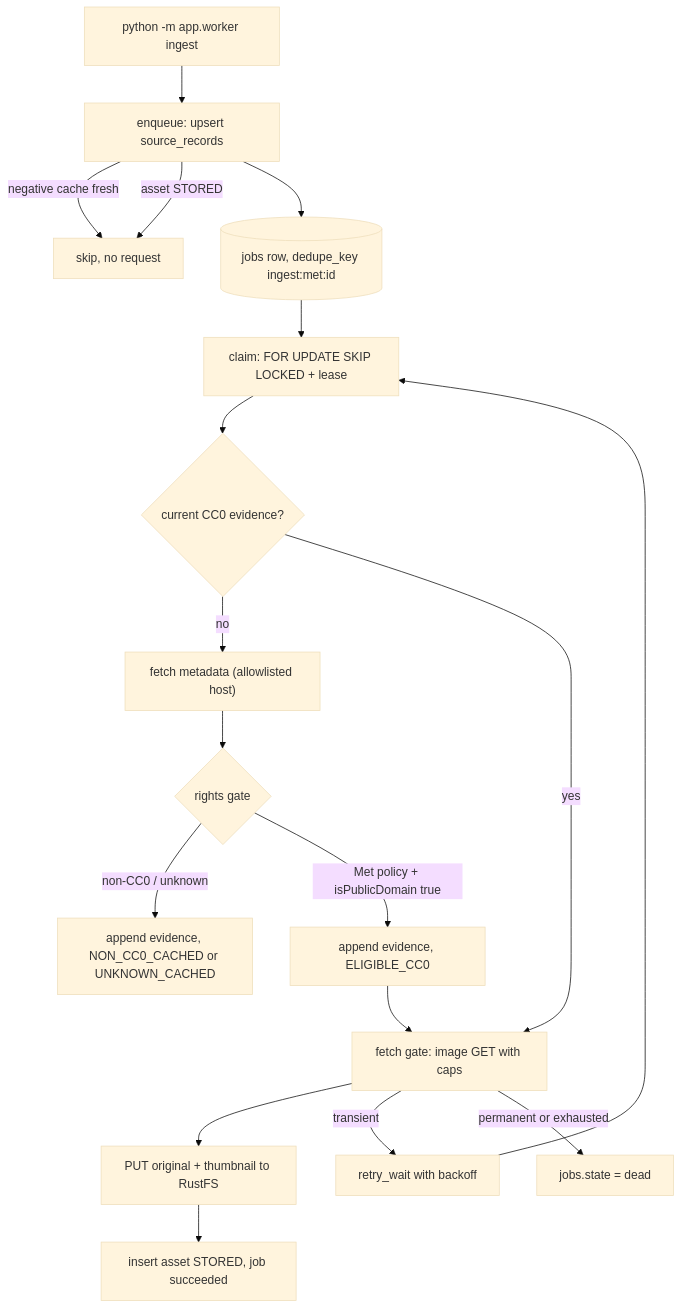
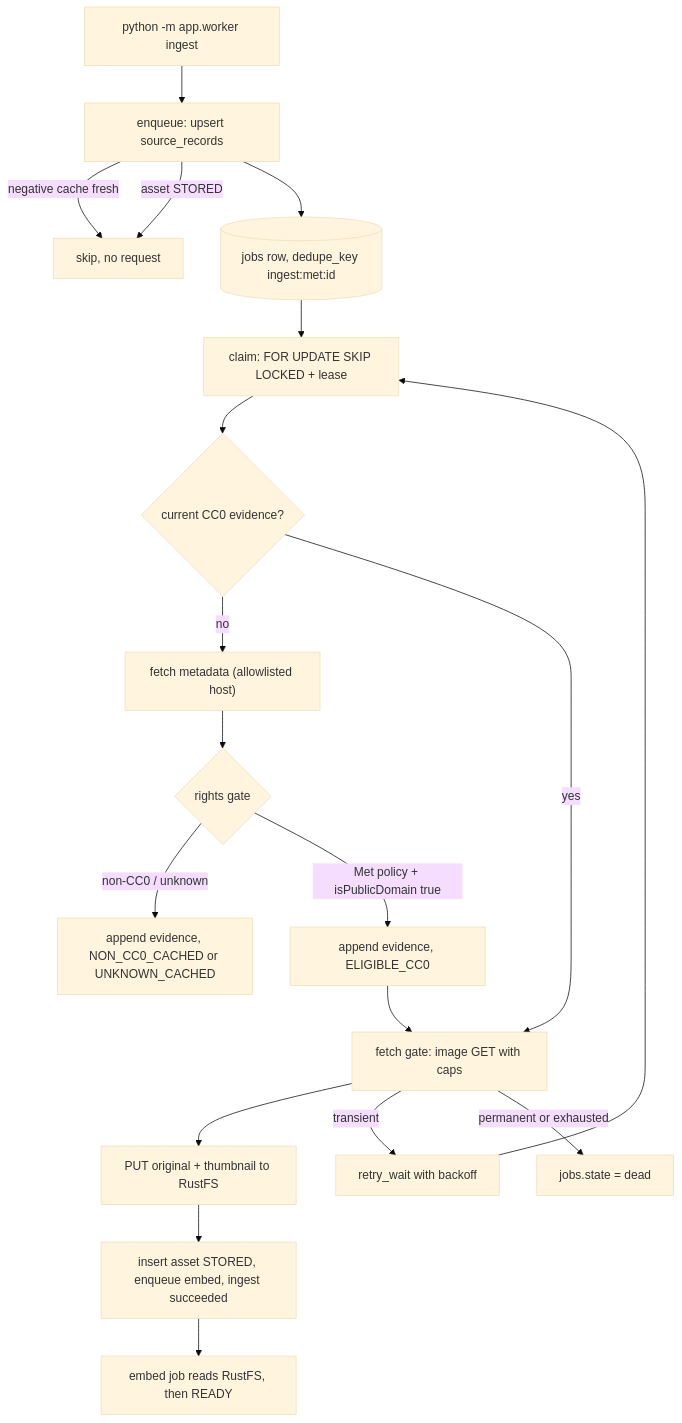
The diagram in docs/systems/ingestion.md (justinleski/cc0), drawn with Mermaid (base theme) before and after one commit. The commit also changed other lines of this file and 12 other files, not shown here.

First line of the commit message:
docs: describe the embed job, hybrid search, and model cutover

````diff
--- a/docs/systems/ingestion.md
+++ b/docs/systems/ingestion.md
@@ -24,20 +26,21 @@
 ```mermaid
 flowchart TD
   CLI["python -m app.worker ingest"] --> ENQ["enqueue: upsert source_records"]
   ENQ -->|"negative cache fresh"| SKIP["skip, no request"]
   ENQ -->|"asset STORED"| SKIP
   ENQ --> JOB[("jobs row, dedupe_key ingest:met:id")]
   JOB --> CLAIM["claim: FOR UPDATE SKIP LOCKED + lease"]
   CLAIM --> EVID{"current CC0 evidence?"}
   EVID -->|"no"| META["fetch metadata (allowlisted host)"]
   META --> GATE{"rights gate"}
   GATE -->|"non-CC0 / unknown"| NEG["append evidence, NON_CC0_CACHED or UNKNOWN_CACHED"]
   GATE -->|"Met policy + isPublicDomain true"| CC0["append evidence, ELIGIBLE_CC0"]
   EVID -->|"yes"| FETCH
   CC0 --> FETCH["fetch gate: image GET with caps"]
   FETCH --> PUT["PUT original + thumbnail to RustFS"]
-  PUT --> STORE["insert asset STORED, job succeeded"]
+  PUT --> STORE["insert asset STORED, enqueue embed, ingest succeeded"]
+  STORE --> EMBED["embed job reads RustFS, then READY"]
   FETCH -->|"transient"| RETRY["retry_wait with backoff"]
   FETCH -->|"permanent or exhausted"| DEAD["jobs.state = dead"]
   RETRY --> CLAIM
 ```
````
